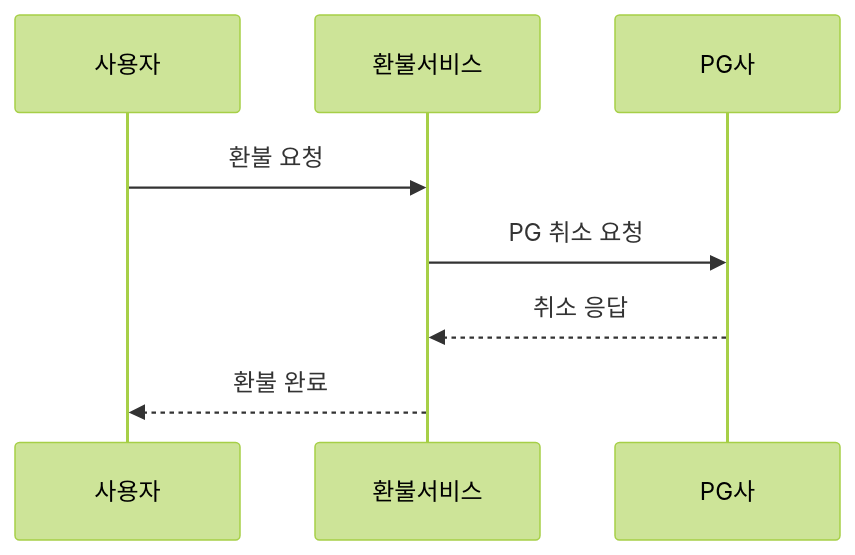
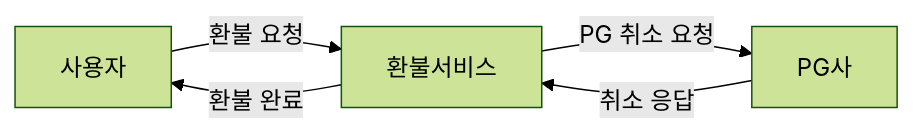
Before and after one commit to yjkim2015/yjkim2015.github.io: the fourth of 6 diagrams in _posts/systemdesign/2026-05-03-system-design-payment.md, drawn with Mermaid (forest theme). The commit also changed other lines of this file and 84 other files, not shown here.

First line of the commit message:
85개 포스트 Mermaid 다이어그램 규칙 일괄 수정

````diff
--- a/_posts/systemdesign/2026-05-03-system-design-payment.md
+++ b/_posts/systemdesign/2026-05-03-system-design-payment.md
@@ -476,10 +473,7 @@
 ```mermaid
-sequenceDiagram
-    participant U as 사용자
-    participant RS as 환불서비스
-    participant PG as PG사
-    U->>RS: 환불 요청
-    RS->>PG: PG 취소 요청
-    PG-->>RS: 취소 응답
-    RS-->>U: 환불 완료
+graph LR
+    A[사용자] -->|환불 요청| B[환불서비스]
+    B -->|PG 취소 요청| C[PG사]
+    C -->|취소 응답| B
+    B -->|환불 완료| A
 ```
````
